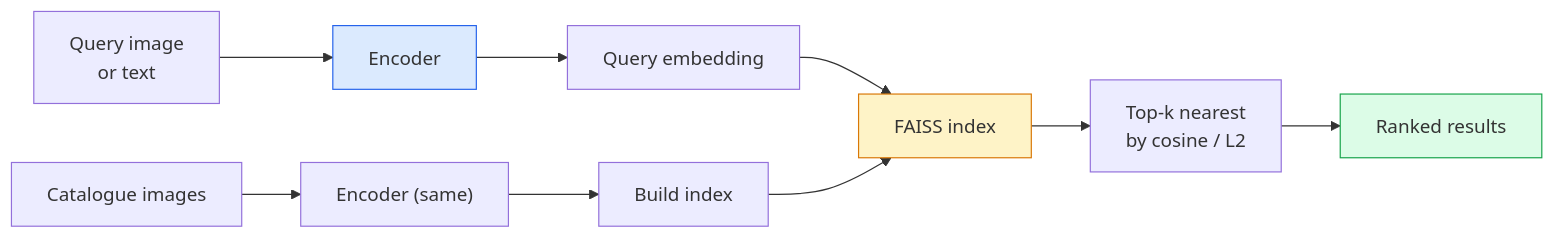
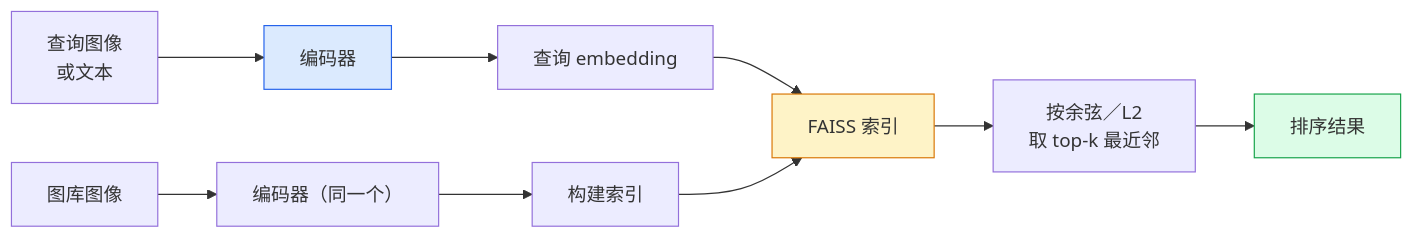
Before and after one commit to JerryC8080/ai-engineering-from-scratch-zh: the diagram in phases/04-computer-vision/20-image-retrieval-metric/docs/zh.md, drawn with Mermaid. The commit also changed 156 other files, not shown here.

First line of the commit message:
i18n(zh): translate mermaid diagram labels in 157 lesson zh.md

````diff
--- a/phases/04-computer-vision/20-image-retrieval-metric/docs/zh.md
+++ b/phases/04-computer-vision/20-image-retrieval-metric/docs/zh.md
@@ -31,14 +31,14 @@
 ```mermaid
 flowchart LR
-    Q["Query image<br/>or text"] --> ENC["Encoder"]
-    ENC --> EMB["Query embedding"]
-    EMB --> IDX["FAISS index"]
-    CAT["Catalogue images"] --> ENC2["Encoder (same)"] --> IDX_BUILD["Build index"]
+    Q["查询图像<br/>或文本"] --> ENC["编码器"]
+    ENC --> EMB["查询 embedding"]
+    EMB --> IDX["FAISS 索引"]
+    CAT["图库图像"] --> ENC2["编码器（同一个）"] --> IDX_BUILD["构建索引"]
     IDX_BUILD --> IDX
-    IDX --> RANK["Top-k nearest<br/>by cosine / L2"]
-    RANK --> OUT["Ranked results"]
+    IDX --> RANK["按余弦／L2<br/>取 top-k 最近邻"]
+    RANK --> OUT["排序结果"]
 
     style ENC fill:#dbeafe,stroke:#2563eb
     style IDX fill:#fef3c7,stroke:#d97706
     style OUT fill:#dcfce7,stroke:#16a34a
 ```
````
